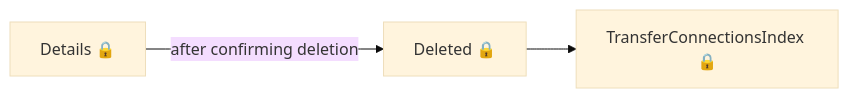
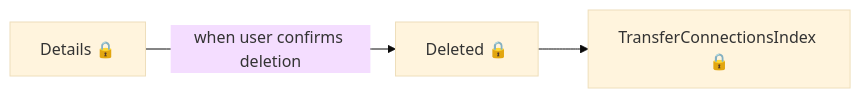
One commit to talentconsulting/atlas-dfe changed the tenth of 10 diagrams in das-employer-finance/user-journeys/user-journeys.md. Above: the diagram before and after it, drawn with Mermaid (base theme). The commit also changed other lines of this file and 6 other files, not shown here.

````diff
--- a/das-employer-finance/user-journeys/user-journeys.md
+++ b/das-employer-finance/user-journeys/user-journeys.md
@@ -57,5 +112,5 @@
 ```mermaid
 flowchart LR
-  p0["Details 🔒"] -->|"after confirming deletion"| p1["Deleted 🔒"]
+  p0["Details 🔒"] -->|"when user confirms deletion"| p1["Deleted 🔒"]
   p1["Deleted 🔒"] --> p2["TransferConnectionsIndex 🔒"]
 ```
````
